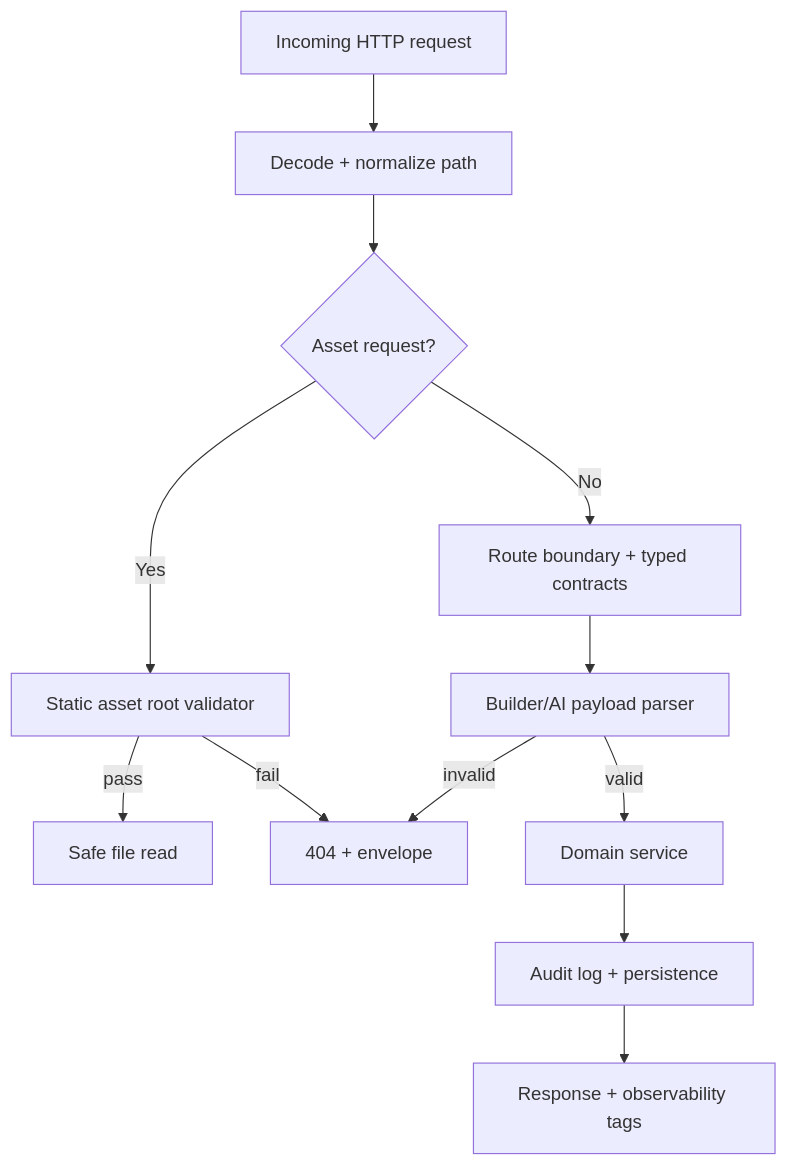
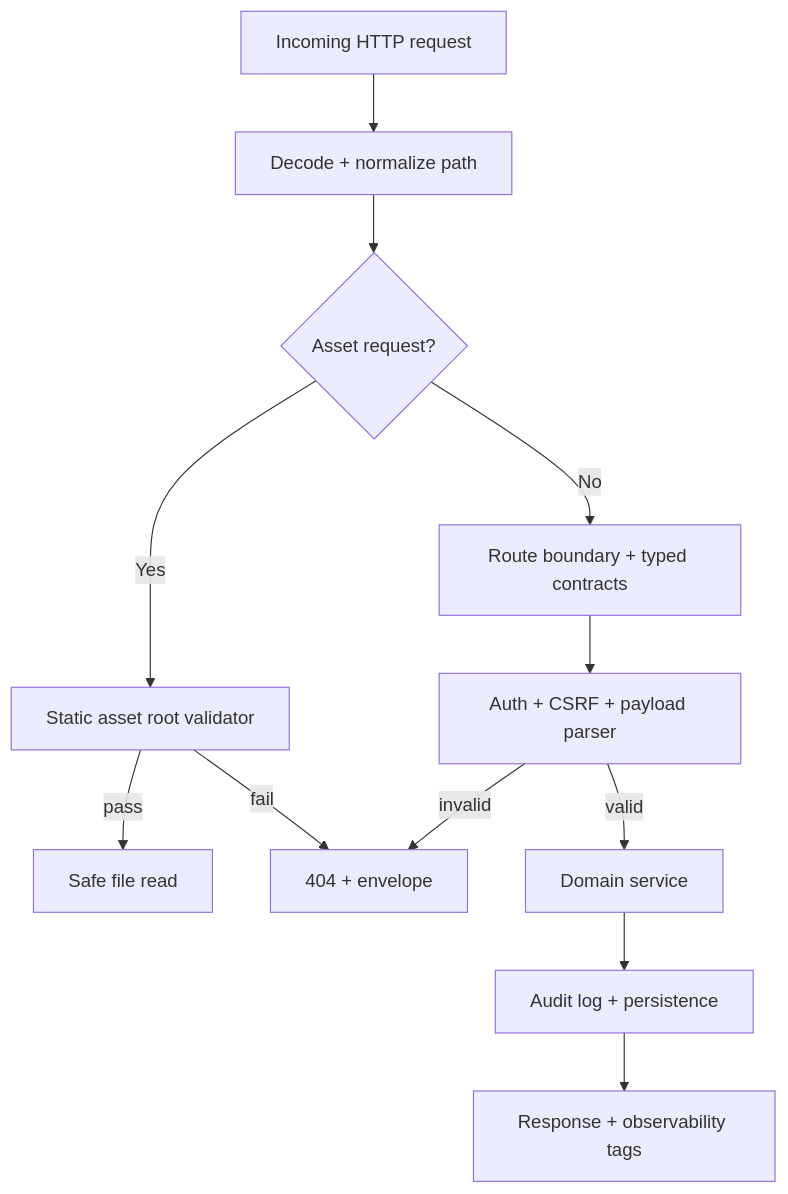
Before and after one commit to d4551/tea: diagram 15 of 16 in README.md, drawn with Mermaid. The commit also changed other lines of this file and 151 other files, not shown here.

````diff
--- a/README.md
+++ b/README.md
@@ -761,14 +809,14 @@
 ```mermaid
 flowchart TD
   S0[Incoming HTTP request] --> S1[Decode + normalize path]
   S1 --> S2{Asset request?}
   S2 -->|Yes| S3[Static asset root validator]
   S2 -->|No| S4[Route boundary + typed contracts]
   S3 -->|pass| S5[Safe file read]
   S3 -->|fail| S6[404 + envelope]
-  S4 --> S7[Builder/AI payload parser]
+  S4 --> S7[Auth + CSRF + payload parser]
   S7 -->|invalid| S6
   S7 -->|valid| S8[Domain service]
   S8 --> S9[Audit log + persistence]
   S9 --> S10[Response + observability tags]
 ```
````
